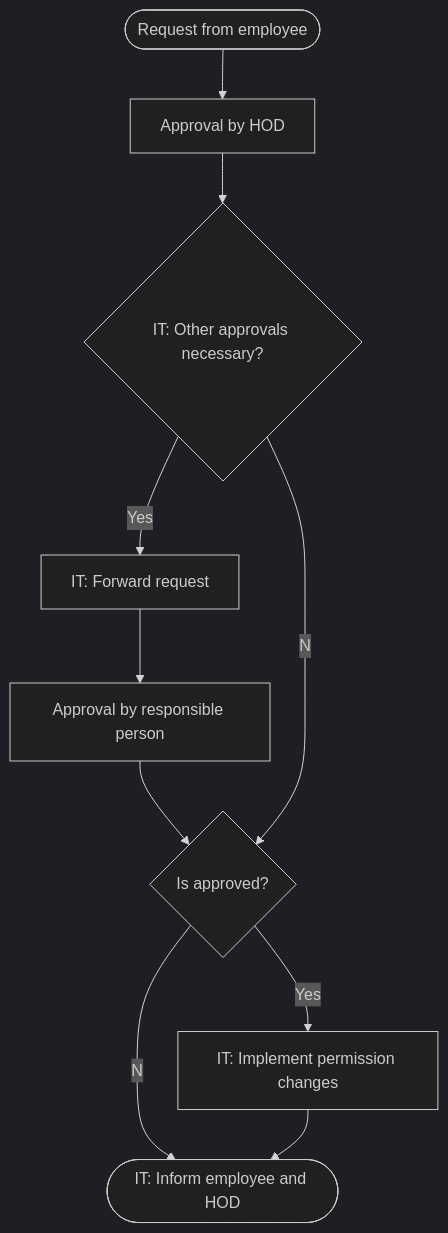
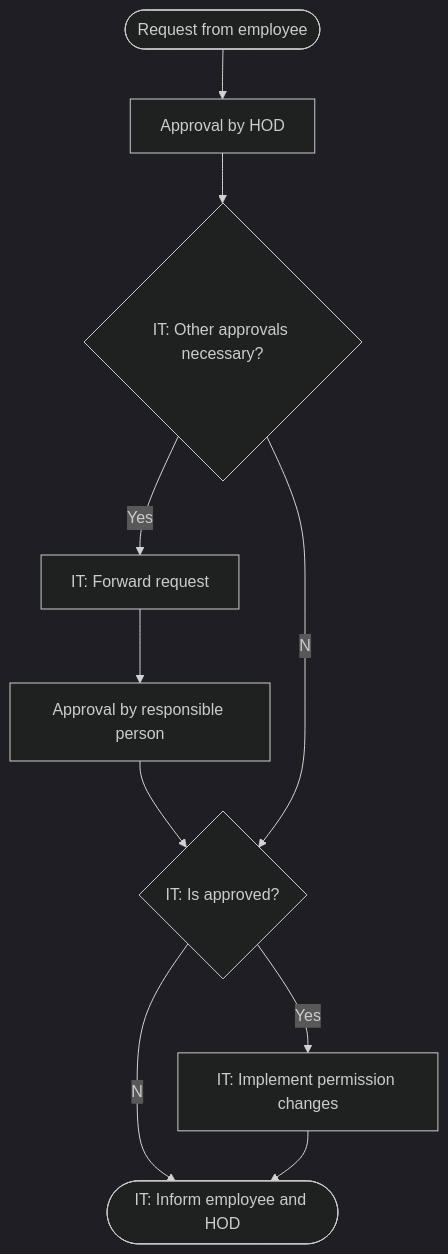
Before and after one commit to Karaka-Management/Organization-Guide: the diagram in Policies & Guidelines/IT/Permission Change Management.md, drawn with Mermaid (dark theme).

Commit message:
Update Permission Change Management.md

````diff
--- a/Policies & Guidelines/IT/Permission Change Management.md
+++ b/Policies & Guidelines/IT/Permission Change Management.md
@@ -3,12 +3,12 @@
 ```mermaid
 graph TD;
   REQUEST([Request from employee])-->APPROVAL_HOD[Approval by HOD];
   APPROVAL_HOD-->IT_CHECKS{IT: Other approvals necessary?};
   IT_CHECKS--Yes-->FORWARD[IT: Forward request];
   FORWARD-->APPROVAL_RESPONSIBLE[Approval by responsible person];
-  APPROVAL_RESPONSIBLE-->VALIDATE{Is approved?};
+  APPROVAL_RESPONSIBLE-->VALIDATE{IT: Is approved?};
   IT_CHECKS--No-->VALIDATE;
   VALIDATE--Yes-->IMPLEMENT[IT: Implement permission changes];
   VALIDATE--No-->INFORM([IT: Inform employee and HOD]);
   IMPLEMENT-->INFORM;
 ```
````
